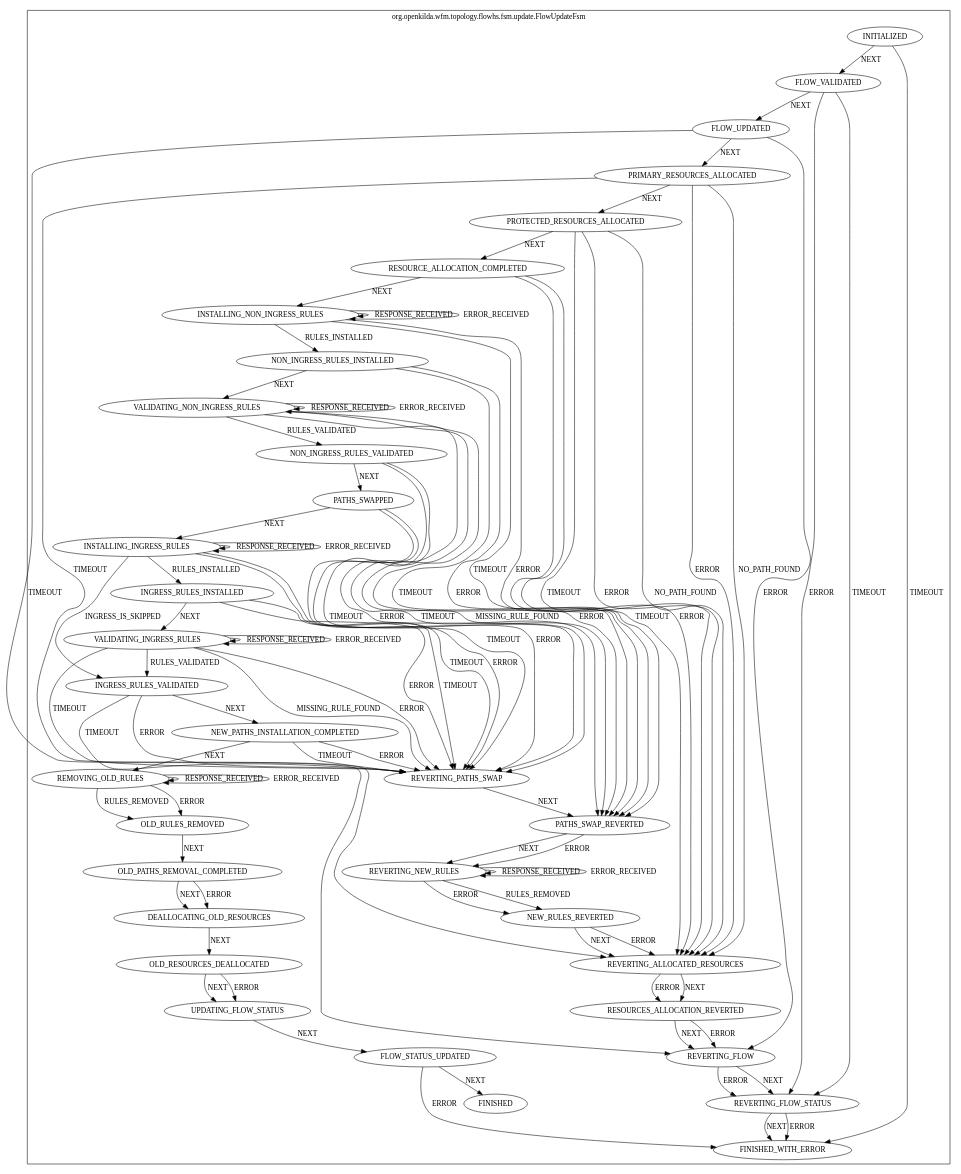
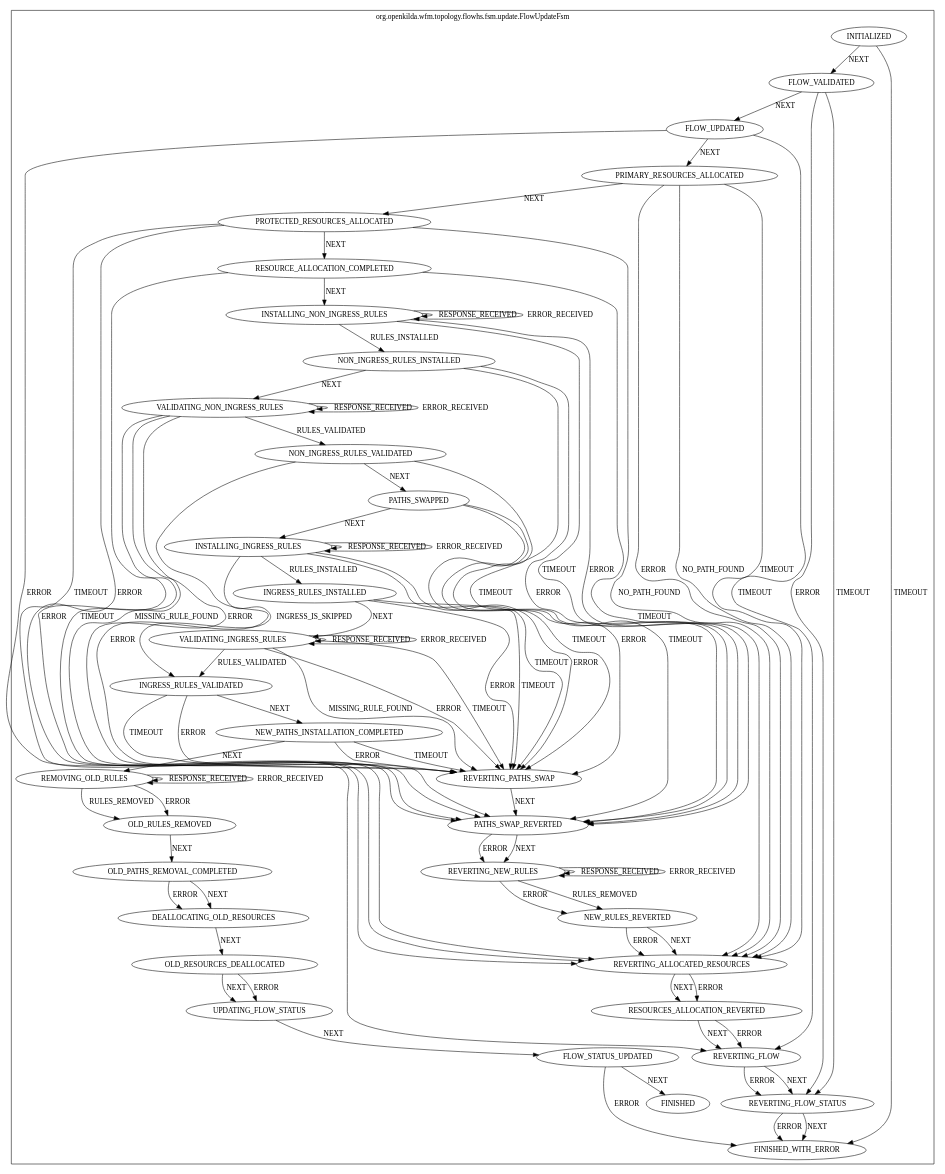
One commit to telstra/open-kilda changed the diagram in docs/design/hub-and-spoke/crud/update/flow-update-fsm.dot. Above: the diagram before and after it, drawn with Graphviz. The commit also changed 39 other files, not shown here.

First line of the commit message:
Rework approach used in flow CRUD APIv2 to store transitional data

```diff
--- a/docs/design/hub-and-spoke/crud/update/flow-update-fsm.dot
+++ b/docs/design/hub-and-spoke/crud/update/flow-update-fsm.dot
@@ -1,128 +1,128 @@
 digraph {
 compound=true;
 subgraph cluster_StateMachine {
 label="org.openkilda.wfm.topology.flowhs.fsm.update.FlowUpdateFsm";
 PATHS_SWAP_REVERTED [label="PATHS_SWAP_REVERTED"];
 FINISHED [label="FINISHED"];
 REVERTING_FLOW [label="REVERTING_FLOW"];
 FLOW_VALIDATED [label="FLOW_VALIDATED"];
 OLD_PATHS_REMOVAL_COMPLETED [label="OLD_PATHS_REMOVAL_COMPLETED"];
 PROTECTED_RESOURCES_ALLOCATED [label="PROTECTED_RESOURCES_ALLOCATED"];
 RESOURCES_ALLOCATION_REVERTED [label="RESOURCES_ALLOCATION_REVERTED"];
 OLD_RULES_REMOVED [label="OLD_RULES_REMOVED"];
 UPDATING_FLOW_STATUS [label="UPDATING_FLOW_STATUS"];
 REMOVING_OLD_RULES [label="REMOVING_OLD_RULES"];
 RESOURCE_ALLOCATION_COMPLETED [label="RESOURCE_ALLOCATION_COMPLETED"];
 FLOW_UPDATED [label="FLOW_UPDATED"];
 INITIALIZED [label="INITIALIZED"];
 FLOW_STATUS_UPDATED [label="FLOW_STATUS_UPDATED"];
 NON_INGRESS_RULES_VALIDATED [label="NON_INGRESS_RULES_VALIDATED"];
 INGRESS_RULES_INSTALLED [label="INGRESS_RULES_INSTALLED"];
 PRIMARY_RESOURCES_ALLOCATED [label="PRIMARY_RESOURCES_ALLOCATED"];
 REVERTING_FLOW_STATUS [label="REVERTING_FLOW_STATUS"];
 VALIDATING_NON_INGRESS_RULES [label="VALIDATING_NON_INGRESS_RULES"];
 REVERTING_NEW_RULES [label="REVERTING_NEW_RULES"];
 FINISHED_WITH_ERROR [label="FINISHED_WITH_ERROR"];
 VALIDATING_INGRESS_RULES [label="VALIDATING_INGRESS_RULES"];
 REVERTING_ALLOCATED_RESOURCES [label="REVERTING_ALLOCATED_RESOURCES"];
 NEW_PATHS_INSTALLATION_COMPLETED [label="NEW_PATHS_INSTALLATION_COMPLETED"];
 REVERTING_PATHS_SWAP [label="REVERTING_PATHS_SWAP"];
 PATHS_SWAPPED [label="PATHS_SWAPPED"];
 INSTALLING_INGRESS_RULES [label="INSTALLING_INGRESS_RULES"];
 INGRESS_RULES_VALIDATED [label="INGRESS_RULES_VALIDATED"];
 OLD_RESOURCES_DEALLOCATED [label="OLD_RESOURCES_DEALLOCATED"];
 NEW_RULES_REVERTED [label="NEW_RULES_REVERTED"];
 DEALLOCATING_OLD_RESOURCES [label="DEALLOCATING_OLD_RESOURCES"];
 NON_INGRESS_RULES_INSTALLED [label="NON_INGRESS_RULES_INSTALLED"];
 INSTALLING_NON_INGRESS_RULES [label="INSTALLING_NON_INGRESS_RULES"];
 
 PATHS_SWAP_REVERTED -> REVERTING_NEW_RULES [ label="NEXT"];
 PATHS_SWAP_REVERTED -> REVERTING_NEW_RULES [ label="ERROR"];
 REVERTING_FLOW -> REVERTING_FLOW_STATUS [ label="NEXT"];
 REVERTING_FLOW -> REVERTING_FLOW_STATUS [ label="ERROR"];
 FLOW_VALIDATED -> FLOW_UPDATED [ label="NEXT"];
 FLOW_VALIDATED -> REVERTING_FLOW_STATUS [ label="TIMEOUT"];
 FLOW_VALIDATED -> REVERTING_FLOW_STATUS [ label="ERROR"];
 OLD_PATHS_REMOVAL_COMPLETED -> DEALLOCATING_OLD_RESOURCES [ label="NEXT"];
 OLD_PATHS_REMOVAL_COMPLETED -> DEALLOCATING_OLD_RESOURCES [ label="ERROR"];
 PROTECTED_RESOURCES_ALLOCATED -> RESOURCE_ALLOCATION_COMPLETED [ label="NEXT"];
 PROTECTED_RESOURCES_ALLOCATED -> REVERTING_ALLOCATED_RESOURCES [ label="TIMEOUT"];
 PROTECTED_RESOURCES_ALLOCATED -> REVERTING_ALLOCATED_RESOURCES [ label="ERROR"];
 PROTECTED_RESOURCES_ALLOCATED -> REVERTING_ALLOCATED_RESOURCES [ label="NO_PATH_FOUND"];
 RESOURCES_ALLOCATION_REVERTED -> REVERTING_FLOW [ label="NEXT"];
 RESOURCES_ALLOCATION_REVERTED -> REVERTING_FLOW [ label="ERROR"];
 OLD_RULES_REMOVED -> OLD_PATHS_REMOVAL_COMPLETED [ label="NEXT"];
 UPDATING_FLOW_STATUS -> FLOW_STATUS_UPDATED [ label="NEXT"];
 REMOVING_OLD_RULES -> REMOVING_OLD_RULES [ label="RESPONSE_RECEIVED"];
 REMOVING_OLD_RULES -> REMOVING_OLD_RULES [ label="ERROR_RECEIVED"];
 REMOVING_OLD_RULES -> OLD_RULES_REMOVED [ label="RULES_REMOVED"];
 REMOVING_OLD_RULES -> OLD_RULES_REMOVED [ label="ERROR"];
 RESOURCE_ALLOCATION_COMPLETED -> INSTALLING_NON_INGRESS_RULES [ label="NEXT"];
 RESOURCE_ALLOCATION_COMPLETED -> REVERTING_ALLOCATED_RESOURCES [ label="TIMEOUT"];
 RESOURCE_ALLOCATION_COMPLETED -> REVERTING_ALLOCATED_RESOURCES [ label="ERROR"];
 FLOW_UPDATED -> PRIMARY_RESOURCES_ALLOCATED [ label="NEXT"];
 FLOW_UPDATED -> REVERTING_FLOW [ label="TIMEOUT"];
 FLOW_UPDATED -> REVERTING_FLOW [ label="ERROR"];
 INITIALIZED -> FLOW_VALIDATED [ label="NEXT"];
 INITIALIZED -> FINISHED_WITH_ERROR [ label="TIMEOUT"];
 FLOW_STATUS_UPDATED -> FINISHED [ label="NEXT"];
 FLOW_STATUS_UPDATED -> FINISHED_WITH_ERROR [ label="ERROR"];
 NON_INGRESS_RULES_VALIDATED -> PATHS_SWAPPED [ label="NEXT"];
-NON_INGRESS_RULES_VALIDATED -> REVERTING_PATHS_SWAP [ label="TIMEOUT"];
-NON_INGRESS_RULES_VALIDATED -> REVERTING_PATHS_SWAP [ label="ERROR"];
+NON_INGRESS_RULES_VALIDATED -> PATHS_SWAP_REVERTED [ label="TIMEOUT"];
+NON_INGRESS_RULES_VALIDATED -> PATHS_SWAP_REVERTED [ label="ERROR"];
 INGRESS_RULES_INSTALLED -> VALIDATING_INGRESS_RULES [ label="NEXT"];
 INGRESS_RULES_INSTALLED -> REVERTING_PATHS_SWAP [ label="TIMEOUT"];
 INGRESS_RULES_INSTALLED -> REVERTING_PATHS_SWAP [ label="ERROR"];
 PRIMARY_RESOURCES_ALLOCATED -> PROTECTED_RESOURCES_ALLOCATED [ label="NEXT"];
 PRIMARY_RESOURCES_ALLOCATED -> REVERTING_ALLOCATED_RESOURCES [ label="TIMEOUT"];
 PRIMARY_RESOURCES_ALLOCATED -> REVERTING_ALLOCATED_RESOURCES [ label="ERROR"];
 PRIMARY_RESOURCES_ALLOCATED -> REVERTING_ALLOCATED_RESOURCES [ label="NO_PATH_FOUND"];
 REVERTING_FLOW_STATUS -> FINISHED_WITH_ERROR [ label="NEXT"];
 REVERTING_FLOW_STATUS -> FINISHED_WITH_ERROR [ label="ERROR"];
 VALIDATING_NON_INGRESS_RULES -> VALIDATING_NON_INGRESS_RULES [ label="RESPONSE_RECEIVED"];
 VALIDATING_NON_INGRESS_RULES -> VALIDATING_NON_INGRESS_RULES [ label="ERROR_RECEIVED"];
 VALIDATING_NON_INGRESS_RULES -> NON_INGRESS_RULES_VALIDATED [ label="RULES_VALIDATED"];
 VALIDATING_NON_INGRESS_RULES -> PATHS_SWAP_REVERTED [ label="TIMEOUT"];
 VALIDATING_NON_INGRESS_RULES -> PATHS_SWAP_REVERTED [ label="MISSING_RULE_FOUND"];
 VALIDATING_NON_INGRESS_RULES -> PATHS_SWAP_REVERTED [ label="ERROR"];
 REVERTING_NEW_RULES -> REVERTING_NEW_RULES [ label="RESPONSE_RECEIVED"];
 REVERTING_NEW_RULES -> REVERTING_NEW_RULES [ label="ERROR_RECEIVED"];
 REVERTING_NEW_RULES -> NEW_RULES_REVERTED [ label="RULES_REMOVED"];
 REVERTING_NEW_RULES -> NEW_RULES_REVERTED [ label="ERROR"];
 VALIDATING_INGRESS_RULES -> VALIDATING_INGRESS_RULES [ label="RESPONSE_RECEIVED"];
 VALIDATING_INGRESS_RULES -> VALIDATING_INGRESS_RULES [ label="ERROR_RECEIVED"];
 VALIDATING_INGRESS_RULES -> INGRESS_RULES_VALIDATED [ label="RULES_VALIDATED"];
 VALIDATING_INGRESS_RULES -> REVERTING_PATHS_SWAP [ label="TIMEOUT"];
 VALIDATING_INGRESS_RULES -> REVERTING_PATHS_SWAP [ label="MISSING_RULE_FOUND"];
 VALIDATING_INGRESS_RULES -> REVERTING_PATHS_SWAP [ label="ERROR"];
 REVERTING_ALLOCATED_RESOURCES -> RESOURCES_ALLOCATION_REVERTED [ label="NEXT"];
 REVERTING_ALLOCATED_RESOURCES -> RESOURCES_ALLOCATION_REVERTED [ label="ERROR"];
 NEW_PATHS_INSTALLATION_COMPLETED -> REMOVING_OLD_RULES [ label="NEXT"];
 NEW_PATHS_INSTALLATION_COMPLETED -> REVERTING_PATHS_SWAP [ label="TIMEOUT"];
 NEW_PATHS_INSTALLATION_COMPLETED -> REVERTING_PATHS_SWAP [ label="ERROR"];
 REVERTING_PATHS_SWAP -> PATHS_SWAP_REVERTED [ label="NEXT"];
 PATHS_SWAPPED -> INSTALLING_INGRESS_RULES [ label="NEXT"];
 PATHS_SWAPPED -> REVERTING_PATHS_SWAP [ label="TIMEOUT"];
 PATHS_SWAPPED -> REVERTING_PATHS_SWAP [ label="ERROR"];
 INSTALLING_INGRESS_RULES -> INSTALLING_INGRESS_RULES [ label="RESPONSE_RECEIVED"];
 INSTALLING_INGRESS_RULES -> INSTALLING_INGRESS_RULES [ label="ERROR_RECEIVED"];
 INSTALLING_INGRESS_RULES -> INGRESS_RULES_INSTALLED [ label="RULES_INSTALLED"];
 INSTALLING_INGRESS_RULES -> INGRESS_RULES_VALIDATED [ label="INGRESS_IS_SKIPPED"];
 INSTALLING_INGRESS_RULES -> REVERTING_PATHS_SWAP [ label="TIMEOUT"];
 INSTALLING_INGRESS_RULES -> REVERTING_PATHS_SWAP [ label="ERROR"];
 INGRESS_RULES_VALIDATED -> NEW_PATHS_INSTALLATION_COMPLETED [ label="NEXT"];
 INGRESS_RULES_VALIDATED -> REVERTING_PATHS_SWAP [ label="TIMEOUT"];
 INGRESS_RULES_VALIDATED -> REVERTING_PATHS_SWAP [ label="ERROR"];
 OLD_RESOURCES_DEALLOCATED -> UPDATING_FLOW_STATUS [ label="NEXT"];
 OLD_RESOURCES_DEALLOCATED -> UPDATING_FLOW_STATUS [ label="ERROR"];
 NEW_RULES_REVERTED -> REVERTING_ALLOCATED_RESOURCES [ label="NEXT"];
 NEW_RULES_REVERTED -> REVERTING_ALLOCATED_RESOURCES [ label="ERROR"];
 DEALLOCATING_OLD_RESOURCES -> OLD_RESOURCES_DEALLOCATED [ label="NEXT"];
 NON_INGRESS_RULES_INSTALLED -> VALIDATING_NON_INGRESS_RULES [ label="NEXT"];
 NON_INGRESS_RULES_INSTALLED -> PATHS_SWAP_REVERTED [ label="TIMEOUT"];
 NON_INGRESS_RULES_INSTALLED -> PATHS_SWAP_REVERTED [ label="ERROR"];
 INSTALLING_NON_INGRESS_RULES -> INSTALLING_NON_INGRESS_RULES [ label="RESPONSE_RECEIVED"];
 INSTALLING_NON_INGRESS_RULES -> INSTALLING_NON_INGRESS_RULES [ label="ERROR_RECEIVED"];
 INSTALLING_NON_INGRESS_RULES -> NON_INGRESS_RULES_INSTALLED [ label="RULES_INSTALLED"];
 INSTALLING_NON_INGRESS_RULES -> PATHS_SWAP_REVERTED [ label="TIMEOUT"];
 INSTALLING_NON_INGRESS_RULES -> PATHS_SWAP_REVERTED [ label="ERROR"];}}
```
